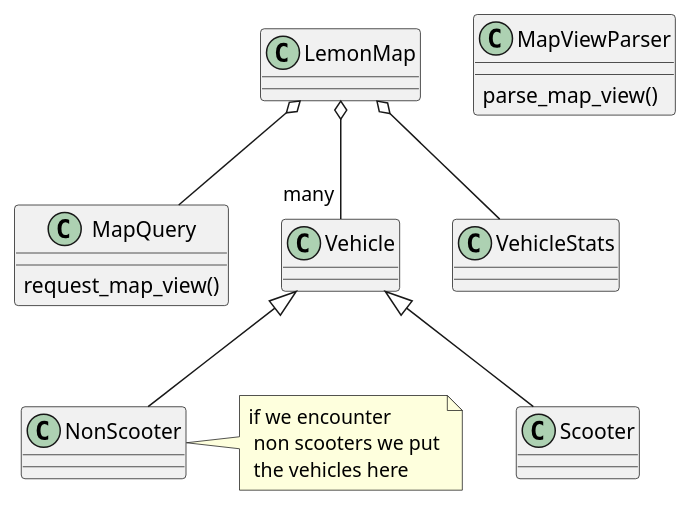
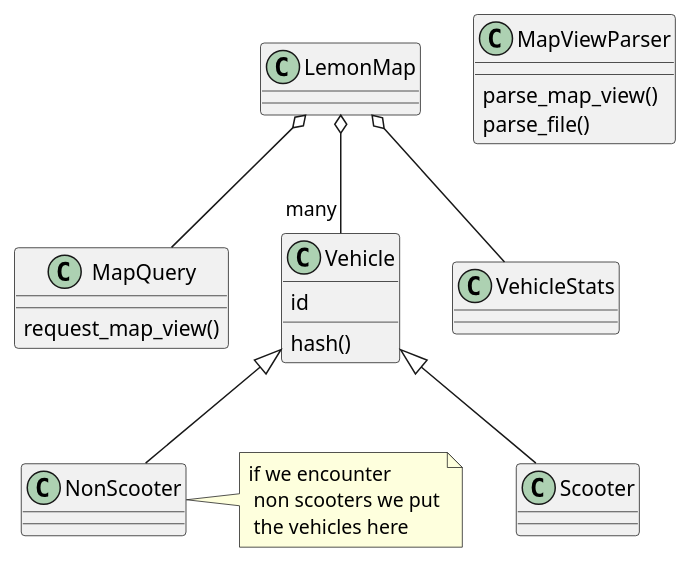
Before and after one commit to 0x6d64/lemon_map: the diagram in notes/datastructures.puml, drawn with PlantUML. The commit also changed 2 other files, not shown here.

```diff
--- a/notes/datastructures.puml
+++ b/notes/datastructures.puml
@@ -1,27 +1,31 @@
 @startuml
 'https://plantuml.com/class-diagram
 
 class MapQuery {
     request_map_view()
 }
 class MapViewParser {
     parse_map_view()
+    parse_file()
 }
 class LemonMap
 
-class Vehicle
+class Vehicle {
+    id
+    hash()
+}
 class Scooter
 class NonScooter
 
 note right: if we encounter \n non scooters we put\n the vehicles here
 
 class VehicleStats
 
 Vehicle <|-- Scooter
 Vehicle <|-- NonScooter
 
 LemonMap o-- VehicleStats
 LemonMap o-- "many" Vehicle
 LemonMap o-- MapQuery
 
 @enduml
```
